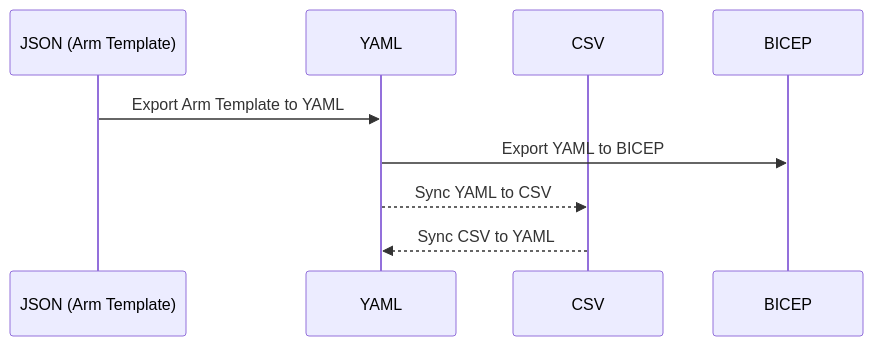
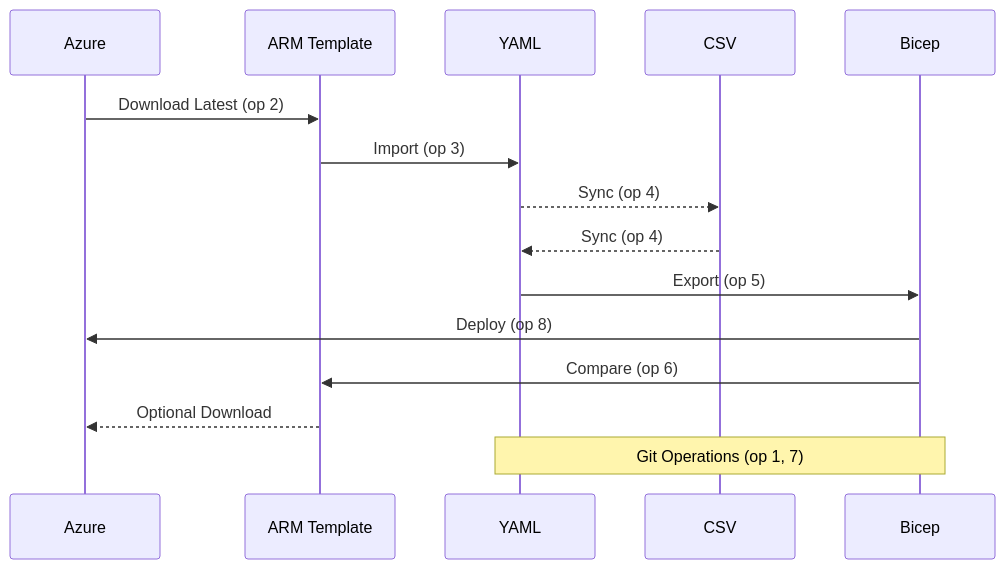
Before and after one commit to odisseo/IaC-for-AzureFw: the first of 2 diagrams in README.md, drawn with Mermaid. The commit also changed other lines of this file and 30 other files, not shown here.

```diff
--- a/README.md
+++ b/README.md
@@ -78,16 +142,28 @@
 ::: mermaid
 sequenceDiagram
     %% Declare participants in the desired order:
-    participant A as JSON (Arm Template)
-    participant B as YAML
-    participant C as CSV
-    participant D as BICEP
+    participant Azure as Azure
+    participant ARM as ARM Template
+    participant YAML as YAML
+    participant CSV as CSV
+    participant Bicep as Bicep
 
-    %% Process flow messages:
-    A->>B: Export Arm Template to YAML
-    B->>D: Export YAML to BICEP
-
-    %% Bidirectional sync between YAML and CSV:
-    B-->>C: Sync YAML to CSV
-    C-->>B: Sync CSV to YAML
+    %% Download and Import flow:
+    Azure->>ARM: Download Latest (op 2)
+    ARM->>YAML: Import (op 3)
+    
+    %% Bidirectional sync:
+    YAML-->>CSV: Sync (op 4)
+    CSV-->>YAML: Sync (op 4)
+    
+    %% Export and Deploy flow:
+    YAML->>Bicep: Export (op 5)
+    Bicep->>Azure: Deploy (op 8)
+    
+    %% Comparison flow:
+    Bicep->>ARM: Compare (op 6)
+    ARM-->>Azure: Optional Download
+    
+    %% Version Control:
+    Note over YAML,Bicep: Git Operations (op 1, 7)
 :::
```
